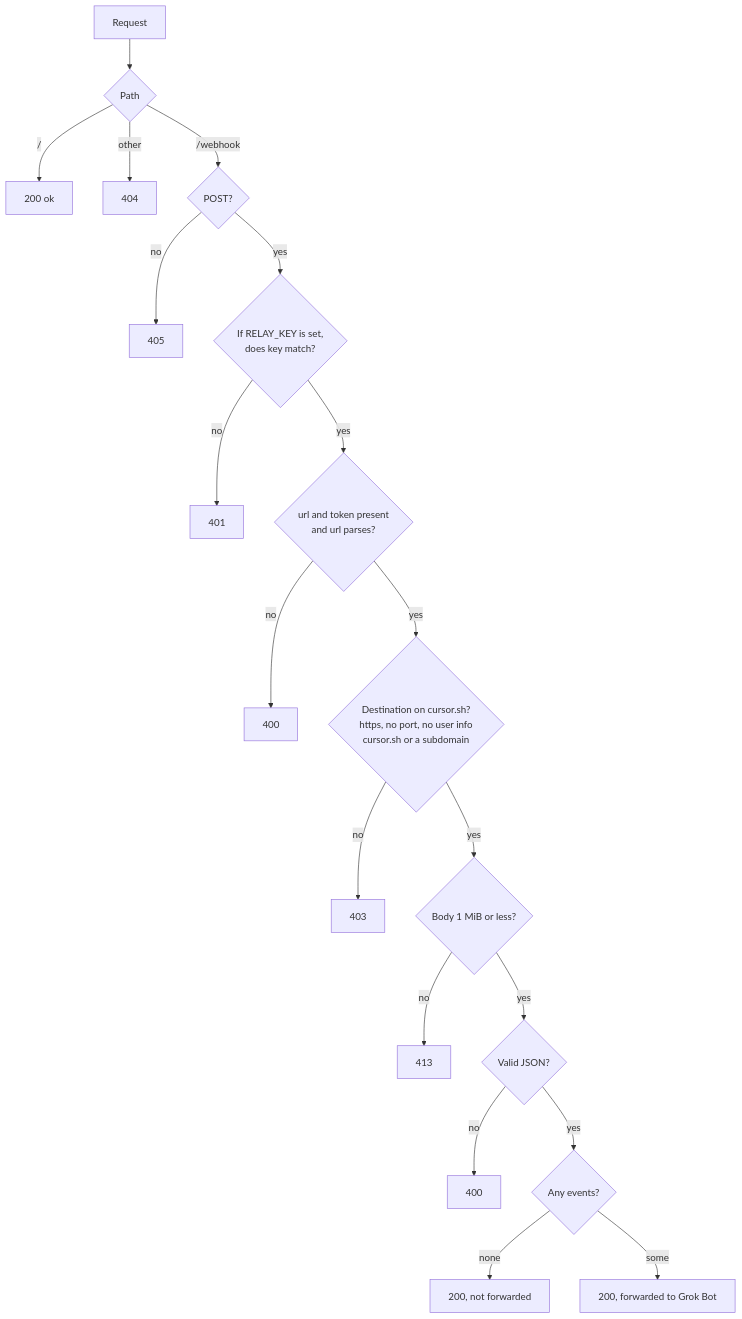
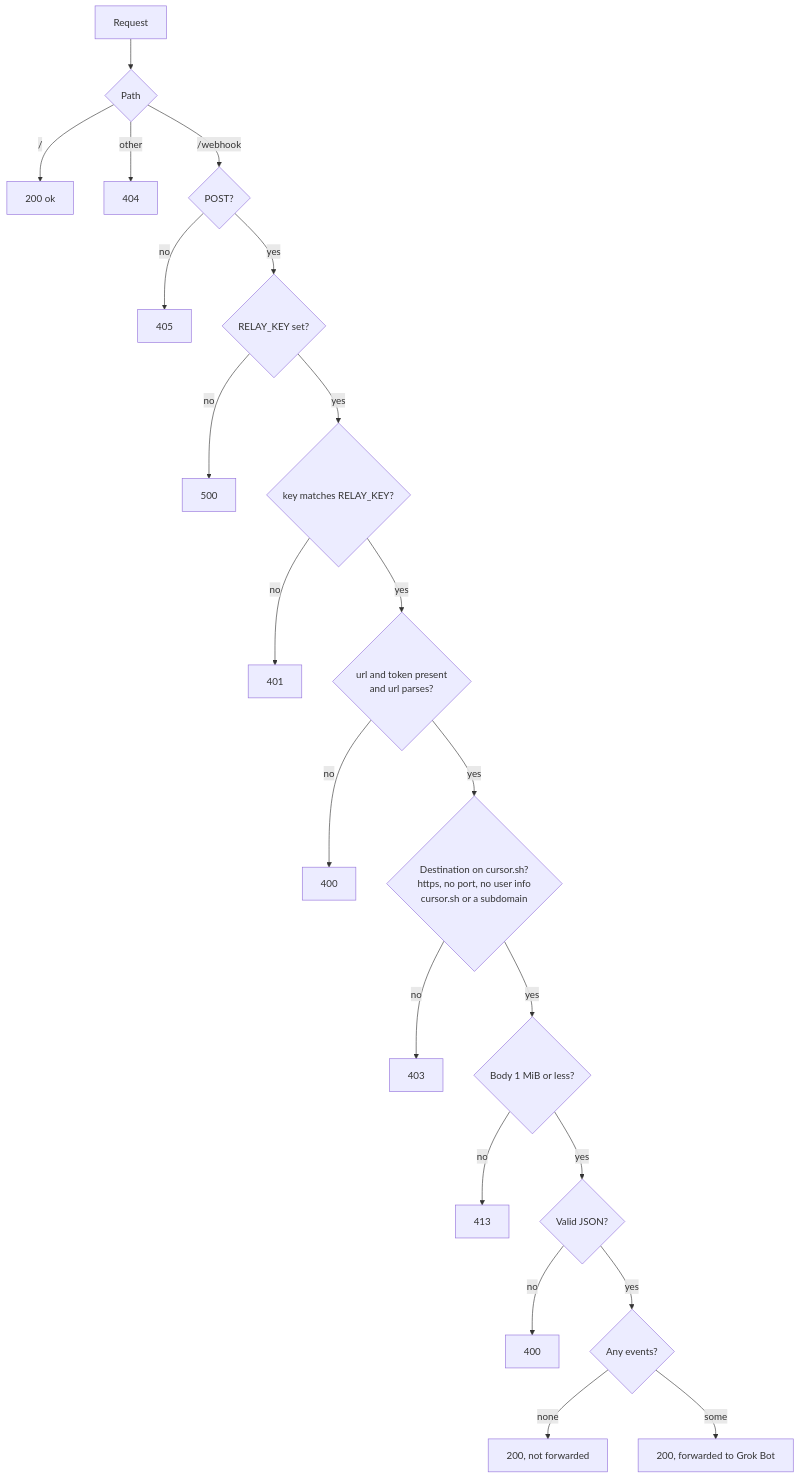
Before and after one commit to keesmark/grok-bot-harness-line: the second of 2 diagrams in README.en.md, drawn with Mermaid. The commit also changed other lines of this file and 6 other files, not shown here.

First line of the commit message:
Require RELAY_KEY and ask for it on the deploy screen

````diff
--- a/README.en.md
+++ b/README.en.md
@@ -79,21 +76,23 @@
 ```mermaid
 flowchart TD
     A[Request] --> B{Path}
     B -- / --> OK[200 ok]
     B -- other --> N404[404]
     B -- /webhook --> C{POST?}
     C -- no --> N405[405]
-    C -- yes --> K{If RELAY_KEY is set,<br/>does key match?}
+    C -- yes --> S{RELAY_KEY set?}
+    S -- no --> N500[500]
+    S -- yes --> K{key matches RELAY_KEY?}
     K -- no --> N401[401]
     K -- yes --> D{url and token present<br/>and url parses?}
     D -- no --> N400a[400]
     D -- yes --> E{Destination on cursor.sh?<br/>https, no port, no user info<br/>cursor.sh or a subdomain}
     E -- no --> N403[403]
     E -- yes --> F{Body 1 MiB or less?}
     F -- no --> N413[413]
     F -- yes --> G{Valid JSON?}
     G -- no --> N400b[400]
     G -- yes --> H{Any events?}
     H -- none --> R200a[200, not forwarded]
     H -- some --> R200b[200, forwarded to Grok Bot]
 ```
````
